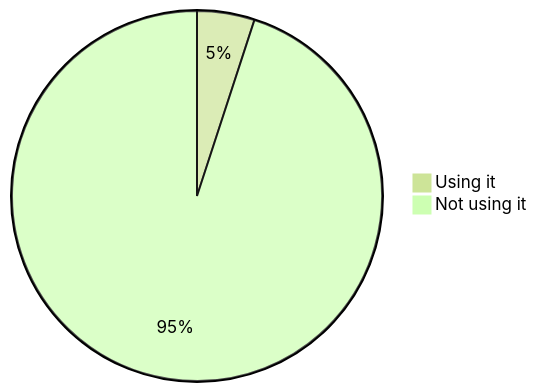
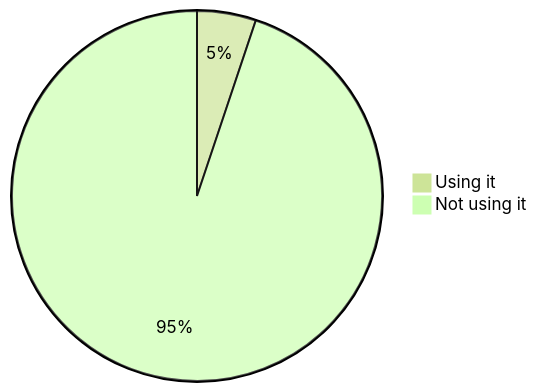
Diagram 11 of 22 in stats.md (oshp/oshp-stats), drawn with Mermaid (forest theme) before and after one commit. The commit also changed other lines of this file, not shown here.

````diff
--- a/stats.md
+++ b/stats.md
@@ -130,6 +130,6 @@
 ```mermaid
 pie
-	"Using it" : 5.02
-	"Not using it" : 94.98
+	"Using it" : 5.14
+	"Not using it" : 94.86
 
 ```
````
